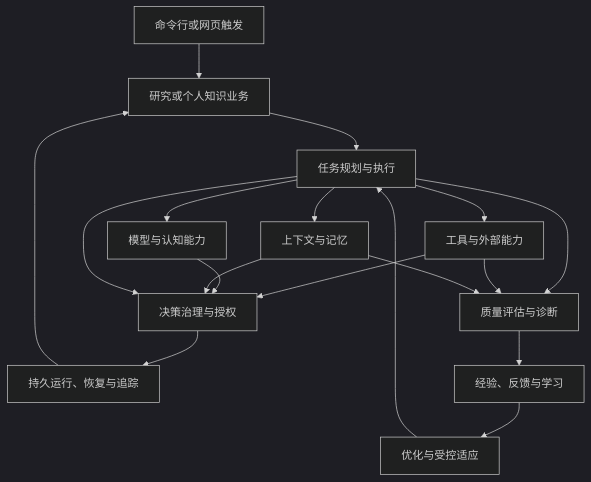
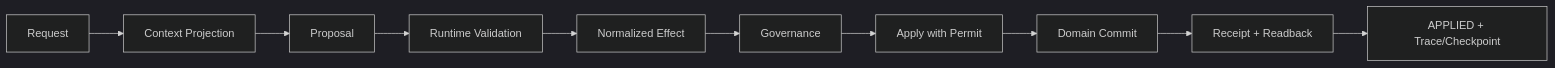
The third of 8 diagrams in docs/系统功能设计说明.md (hych0317/Adaptive-Agent-Runtime), drawn with Mermaid (dark theme) before and after one commit. The commit also changed other lines of this file and 38 other files, not shown here.

````diff
--- a/docs/系统功能设计说明.md
+++ b/docs/系统功能设计说明.md
@@ -453,20 +646,12 @@
 ```mermaid
-flowchart TD
-    UI["命令行或网页触发"] --> BIZ["研究或个人知识业务"]
-    BIZ --> PLAN["任务规划与执行"]
-    PLAN --> TOOL["工具与外部能力"]
-    PLAN --> MODEL["模型与认知能力"]
-    PLAN --> CTX["上下文与记忆"]
-    TOOL --> GOV["决策治理与授权"]
-    MODEL --> GOV
-    CTX --> GOV
-    PLAN --> GOV
-    GOV --> PERSIST["持久运行、恢复与追踪"]
-    PLAN --> EVAL["质量评估与诊断"]
-    TOOL --> EVAL
-    CTX --> EVAL
-    EVAL --> LEARN["经验、反馈与学习"]
-    LEARN --> OPT["优化与受控适应"]
-    OPT --> PLAN
-    PERSIST --> BIZ
+flowchart LR
+    A["Request"] --> B["Context Projection"]
+    B --> C["Proposal"]
+    C --> D["Runtime Validation"]
+    D --> E["Normalized Effect"]
+    E --> F["Governance"]
+    F --> G["Apply with Permit"]
+    G --> H["Domain Commit"]
+    H --> I["Receipt + Readback"]
+    I --> J["APPLIED + Trace/Checkpoint"]
 ```
````
